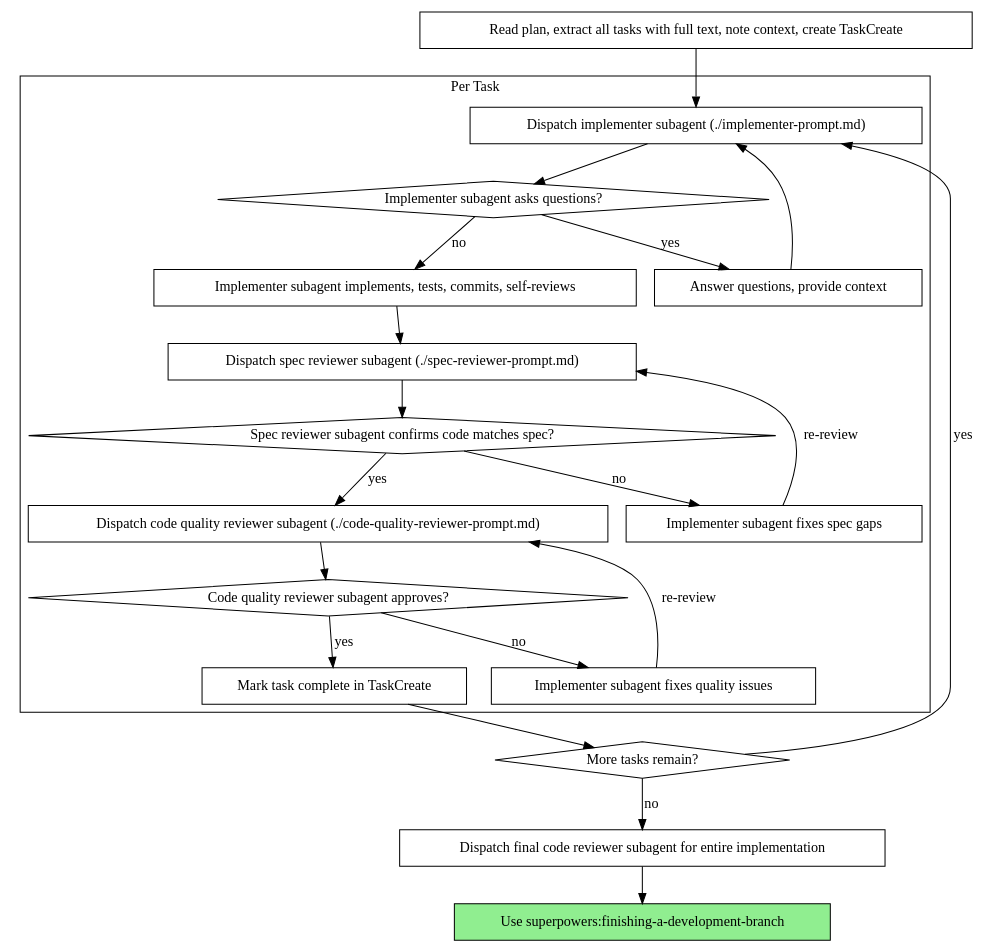
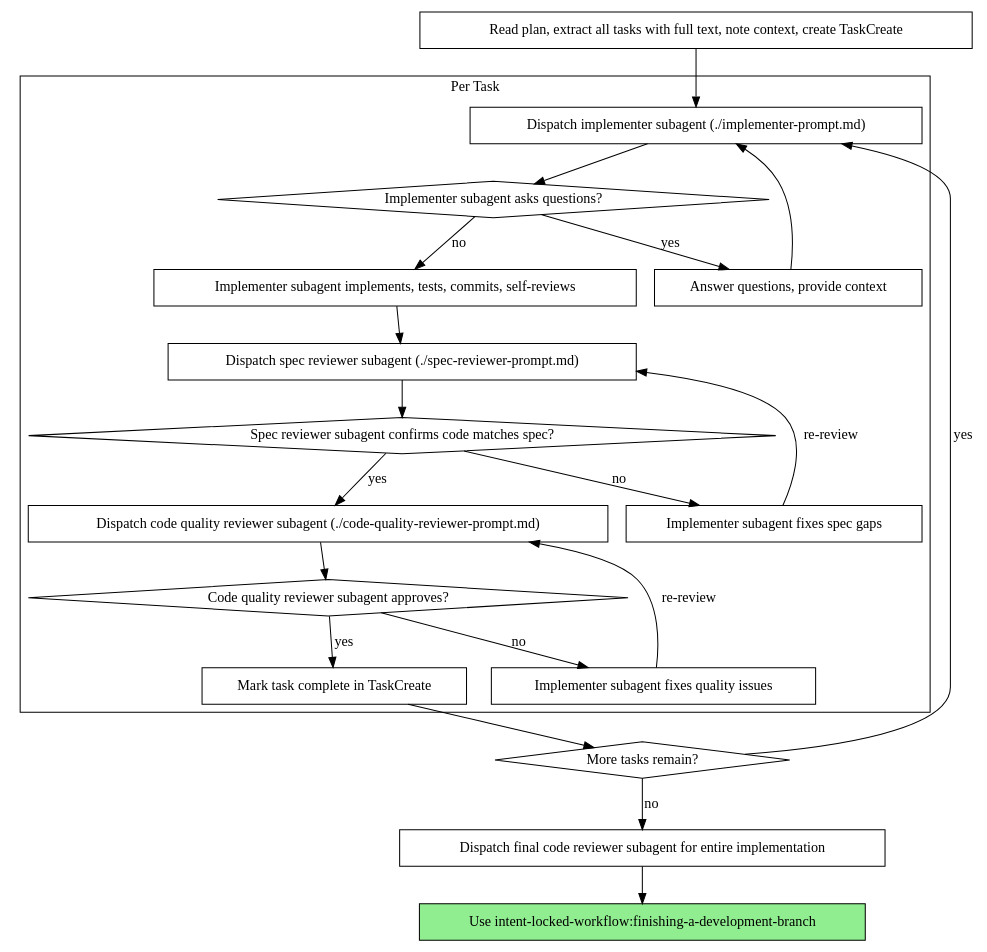
Before and after one commit to deokjinlog/dj-superkit: the second of 2 diagrams in skills/subagent-driven-development/SKILL.md, drawn with Graphviz. The commit also changed other lines of this file and 4 other files, not shown here.

````diff
--- a/skills/subagent-driven-development/SKILL.md
+++ b/skills/subagent-driven-development/SKILL.md
@@ -42,44 +42,44 @@
 ```dot
 digraph process {
     rankdir=TB;
 
     subgraph cluster_per_task {
         label="Per Task";
         "Dispatch implementer subagent (./implementer-prompt.md)" [shape=box];
         "Implementer subagent asks questions?" [shape=diamond];
         "Answer questions, provide context" [shape=box];
         "Implementer subagent implements, tests, commits, self-reviews" [shape=box];
         "Dispatch spec reviewer subagent (./spec-reviewer-prompt.md)" [shape=box];
         "Spec reviewer subagent confirms code matches spec?" [shape=diamond];
         "Implementer subagent fixes spec gaps" [shape=box];
         "Dispatch code quality reviewer subagent (./code-quality-reviewer-prompt.md)" [shape=box];
         "Code quality reviewer subagent approves?" [shape=diamond];
         "Implementer subagent fixes quality issues" [shape=box];
         "Mark task complete in TaskCreate" [shape=box];
     }
 
     "Read plan, extract all tasks with full text, note context, create TaskCreate" [shape=box];
     "More tasks remain?" [shape=diamond];
     "Dispatch final code reviewer subagent for entire implementation" [shape=box];
-    "Use superpowers:finishing-a-development-branch" [shape=box style=filled fillcolor=lightgreen];
+    "Use intent-locked-workflow:finishing-a-development-branch" [shape=box style=filled fillcolor=lightgreen];
 
     "Read plan, extract all tasks with full text, note context, create TaskCreate" -> "Dispatch implementer subagent (./implementer-prompt.md)";
     "Dispatch implementer subagent (./implementer-prompt.md)" -> "Implementer subagent asks questions?";
     "Implementer subagent asks questions?" -> "Answer questions, provide context" [label="yes"];
     "Answer questions, provide context" -> "Dispatch implementer subagent (./implementer-prompt.md)";
     "Implementer subagent asks questions?" -> "Implementer subagent implements, tests, commits, self-reviews" [label="no"];
     "Implementer subagent implements, tests, commits, self-reviews" -> "Dispatch spec reviewer subagent (./spec-reviewer-prompt.md)";
     "Dispatch spec reviewer subagent (./spec-reviewer-prompt.md)" -> "Spec reviewer subagent confirms code matches spec?";
     "Spec reviewer subagent confirms code matches spec?" -> "Implementer subagent fixes spec gaps" [label="no"];
     "Implementer subagent fixes spec gaps" -> "Dispatch spec reviewer subagent (./spec-reviewer-prompt.md)" [label="re-review"];
     "Spec reviewer subagent confirms code matches spec?" -> "Dispatch code quality reviewer subagent (./code-quality-reviewer-prompt.md)" [label="yes"];
     "Dispatch code quality reviewer subagent (./code-quality-reviewer-prompt.md)" -> "Code quality reviewer subagent approves?";
     "Code quality reviewer subagent approves?" -> "Implementer subagent fixes quality issues" [label="no"];
     "Implementer subagent fixes quality issues" -> "Dispatch code quality reviewer subagent (./code-quality-reviewer-prompt.md)" [label="re-review"];
     "Code quality reviewer subagent approves?" -> "Mark task complete in TaskCreate" [label="yes"];
     "Mark task complete in TaskCreate" -> "More tasks remain?";
     "More tasks remain?" -> "Dispatch implementer subagent (./implementer-prompt.md)" [label="yes"];
     "More tasks remain?" -> "Dispatch final code reviewer subagent for entire implementation" [label="no"];
-    "Dispatch final code reviewer subagent for entire implementation" -> "Use superpowers:finishing-a-development-branch";
+    "Dispatch final code reviewer subagent for entire implementation" -> "Use intent-locked-workflow:finishing-a-development-branch";
 }
 ```
````
